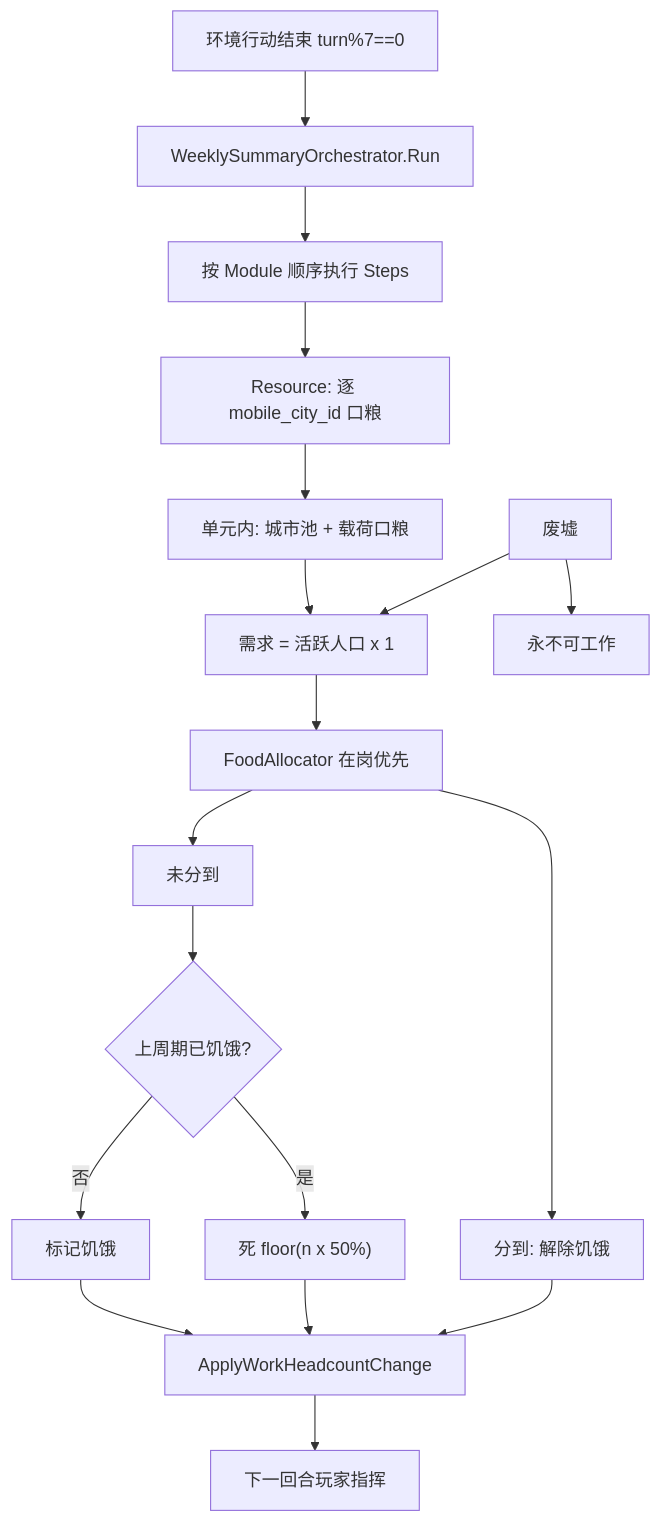
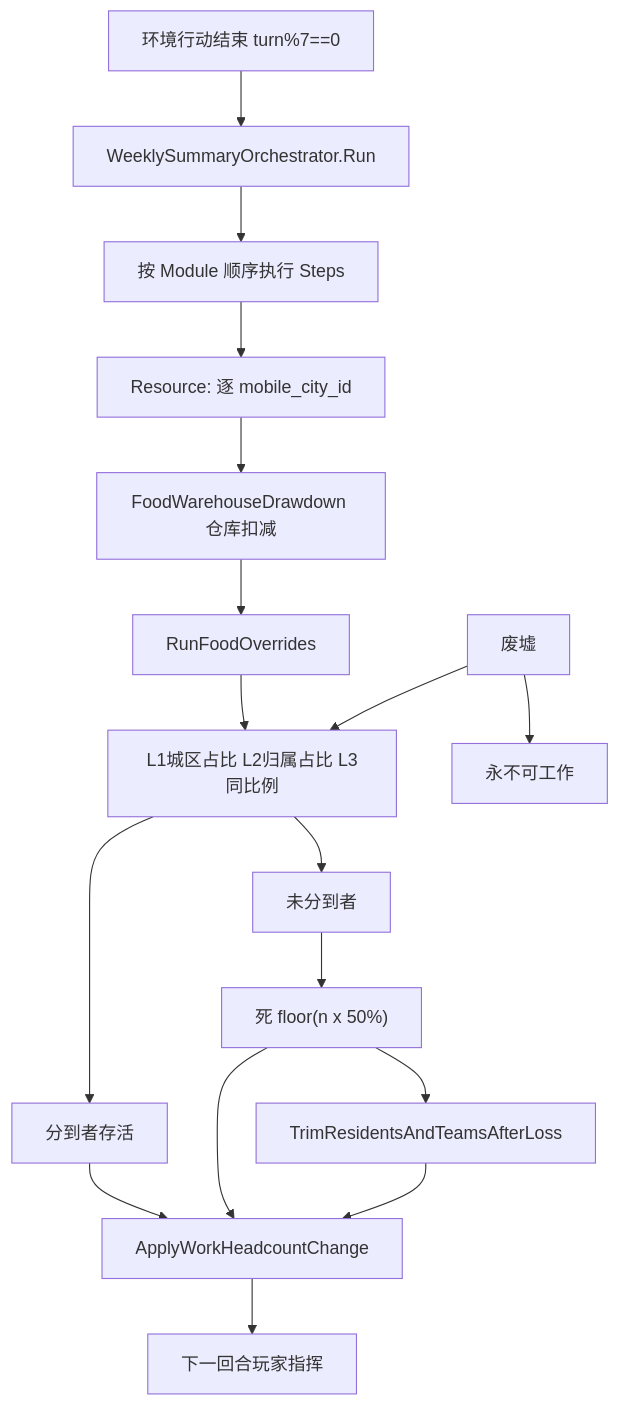
Before and after one commit to Estrella6066773/DriveToLight: the first of 4 diagrams in Docs/01-草稿/口粮与周总结/口粮与周总结-流程与待决.md, drawn with Mermaid. The commit also changed other lines of this file and 23 other files, not shown here.

````diff
--- a/Docs/01-草稿/口粮与周总结/口粮与周总结-流程与待决.md
+++ b/Docs/01-草稿/口粮与周总结/口粮与周总结-流程与待决.md
@@ -19,20 +19,19 @@
 ```mermaid
 flowchart TD
     EnvDone[环境行动结束 turn%7==0] --> RunSW[WeeklySummaryOrchestrator.Run]
     RunSW --> Steps[按 Module 顺序执行 Steps]
-    Steps --> Split[Resource: 逐 mobile_city_id 口粮]
-    Split --> Pool[单元内: 城市池 + 载荷口粮]
-    Pool --> Demand[需求 = 活跃人口 x 1]
-    Demand --> Alloc[FoodAllocator 在岗优先]
-    Alloc --> Fed[分到: 解除饥饿]
-    Alloc --> Unfed[未分到]
-    Unfed --> WH{上周期已饥饿?}
-    WH -->|是| Death["死 floor(n x 50%)"]
-    WH -->|否| Hunger[标记饥饿]
-    Hunger --> Delta[ApplyWorkHeadcountChange]
+    Steps --> Split[Resource: 逐 mobile_city_id]
+    Split --> Draw[FoodWarehouseDrawdown 仓库扣减]
+    Draw --> Override[RunFoodOverrides]
+    Override --> Alloc[L1城区占比 L2归属占比 L3同比例]
+    Alloc --> Fed[分到者存活]
+    Alloc --> Unfed[未分到者]
+    Unfed --> Death["死 floor(n x 50%)"]
+  Death --> Trim[TrimResidentsAndTeamsAfterLoss]
+    Fed --> Delta[ApplyWorkHeadcountChange]
     Death --> Delta
-    Fed --> Delta
+    Trim --> Delta
     Delta --> Next[下一回合玩家指挥]
-    Ruins[废墟] --> Demand
+    Ruins[废墟] --> Alloc
     Ruins --> Block[永不可工作]
 ```
````
